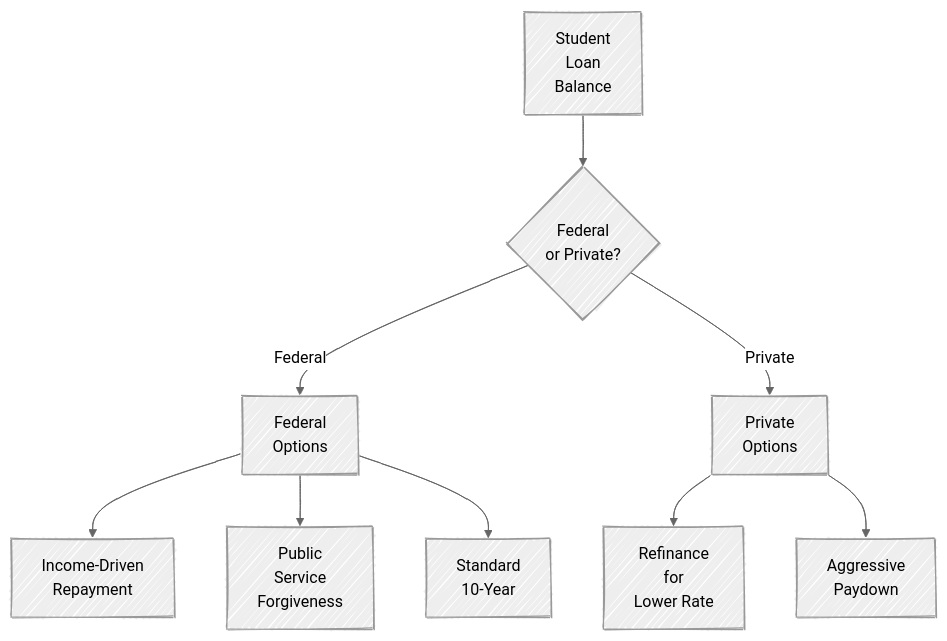
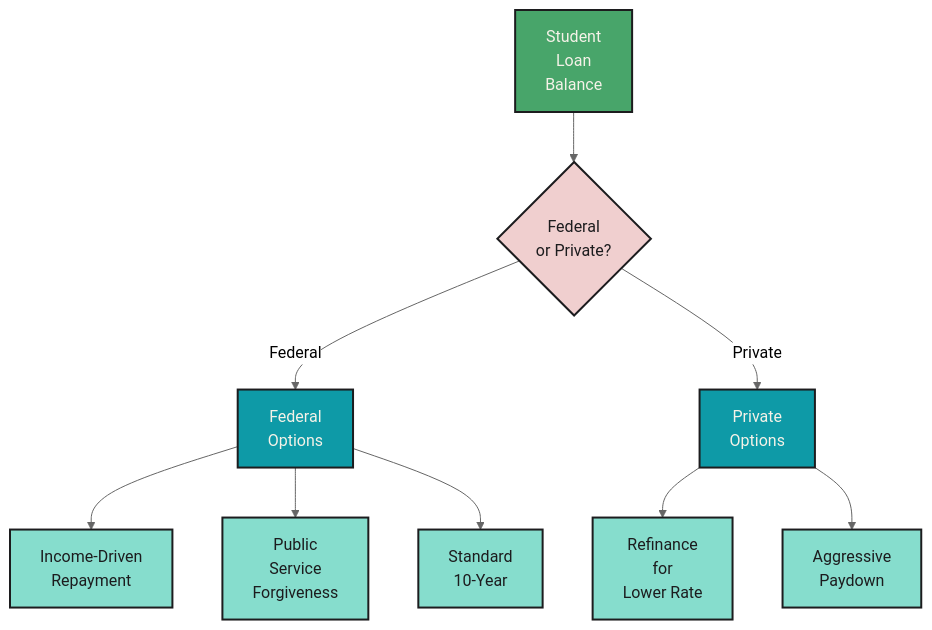
Before and after one commit to mjfrigaard/fm-finance: the third of 7 diagrams in managing_debt.qmd, drawn with Mermaid. The commit also changed other lines of this file and 5 other files, not shown here.

Commit message:
updates to mermaid

````diff
--- a/managing_debt.qmd
+++ b/managing_debt.qmd
@@ -180,17 +199,26 @@
 ```{mermaid}
 %%| fig-cap: ' Student Loans'
 %%| fig-align: center
-%%{init: {'theme': 'neutral', 'look': 'handDrawn', 'themeVariables': { 'fontFamily': 'monospace', "fontSize":"16px"}}}%%
+%%{init: {'theme': 'neutral', 'themeVariables': { 'fontFamily': 'monospace', "fontSize":"16px"}}}%%
 
 flowchart TD
     StudentLoans[Student<br>Loan<br>Balance] --> Type{Federal<br>or Private?}
     Type -->|Federal| FedOptions[Federal<br>Options]
     Type -->|Private| PrivOptions[Private<br>Options]
-    
+
     FedOptions --> IDR[Income-Driven<br>Repayment]
     FedOptions --> PSLF[Public<br>Service<br>Forgiveness]
     FedOptions --> Standard[Standard<br>10-Year]
-    
+
     PrivOptions --> Refi[Refinance<br>for<br>Lower Rate]
     PrivOptions --> PayDown[Aggressive<br>Paydown]
+    style StudentLoans fill:#48a56a,color:#F5F2E8,stroke:#1C1C1E,stroke-width:2px
+    style Type fill:#f0cfcf,color:#1C1C1E,stroke:#1C1C1E,stroke-width:2px
+    style FedOptions fill:#0e9aa7,color:#F5F2E8,stroke:#1C1C1E,stroke-width:2px
+    style PrivOptions fill:#0e9aa7,color:#F5F2E8,stroke:#1C1C1E,stroke-width:2px
+    style IDR fill:#86ddcd,color:#1C1C1E,stroke:#1C1C1E,stroke-width:2px
+    style PSLF fill:#86ddcd,color:#1C1C1E,stroke:#1C1C1E,stroke-width:2px
+    style Standard fill:#86ddcd,color:#1C1C1E,stroke:#1C1C1E,stroke-width:2px
+    style Refi fill:#86ddcd,color:#1C1C1E,stroke:#1C1C1E,stroke-width:2px
+    style PayDown fill:#86ddcd,color:#1C1C1E,stroke:#1C1C1E,stroke-width:2px
 ```
````
